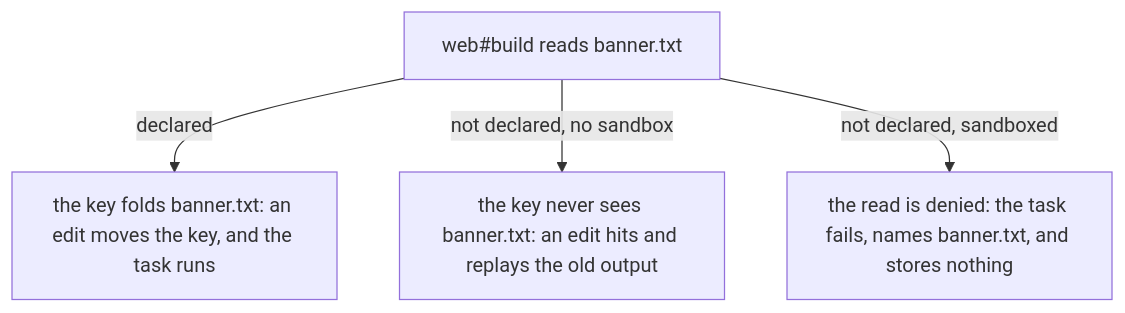
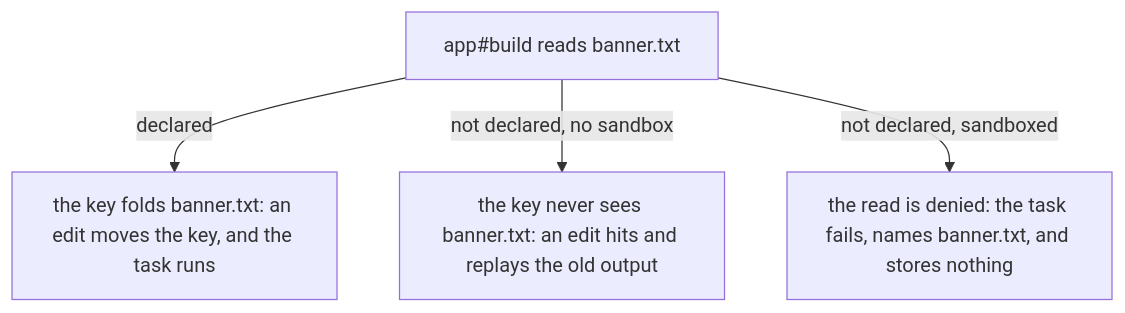
One commit to vznjs/vx changed the diagram in packages/vx-docs/src/content/docs/learn/correctness.mdx. Above: the diagram before and after it, drawn with Mermaid. The commit also changed other lines of this file and 120 other files, not shown here.

````diff
--- a/packages/vx-docs/src/content/docs/learn/correctness.mdx
+++ b/packages/vx-docs/src/content/docs/learn/correctness.mdx
@@ -82,6 +82,6 @@
 ```mermaid
 graph TD
-  read["web#build reads banner.txt"] -->|declared| folded["the key folds banner.txt: an edit moves the key, and the task runs"]
+  read["app#build reads banner.txt"] -->|declared| folded["the key folds banner.txt: an edit moves the key, and the task runs"]
   read -->|not declared, no sandbox| blind["the key never sees banner.txt: an edit hits and replays the old output"]
   read -->|not declared, sandboxed| denied["the read is denied: the task fails, names banner.txt, and stores nothing"]
 ```
````
